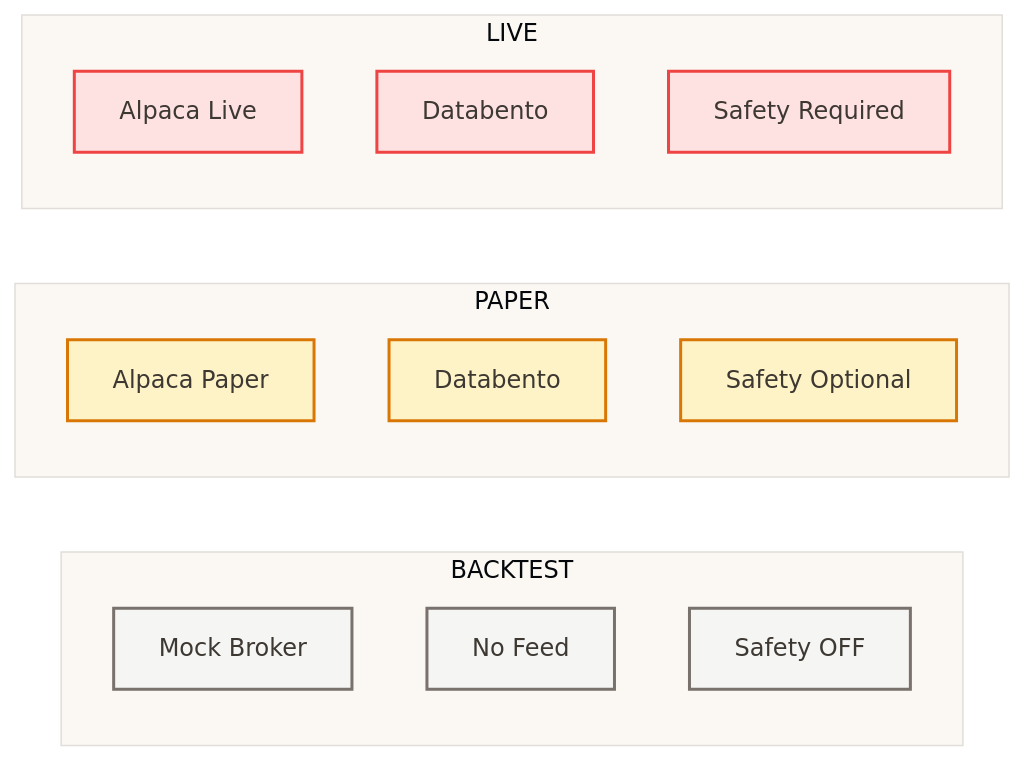
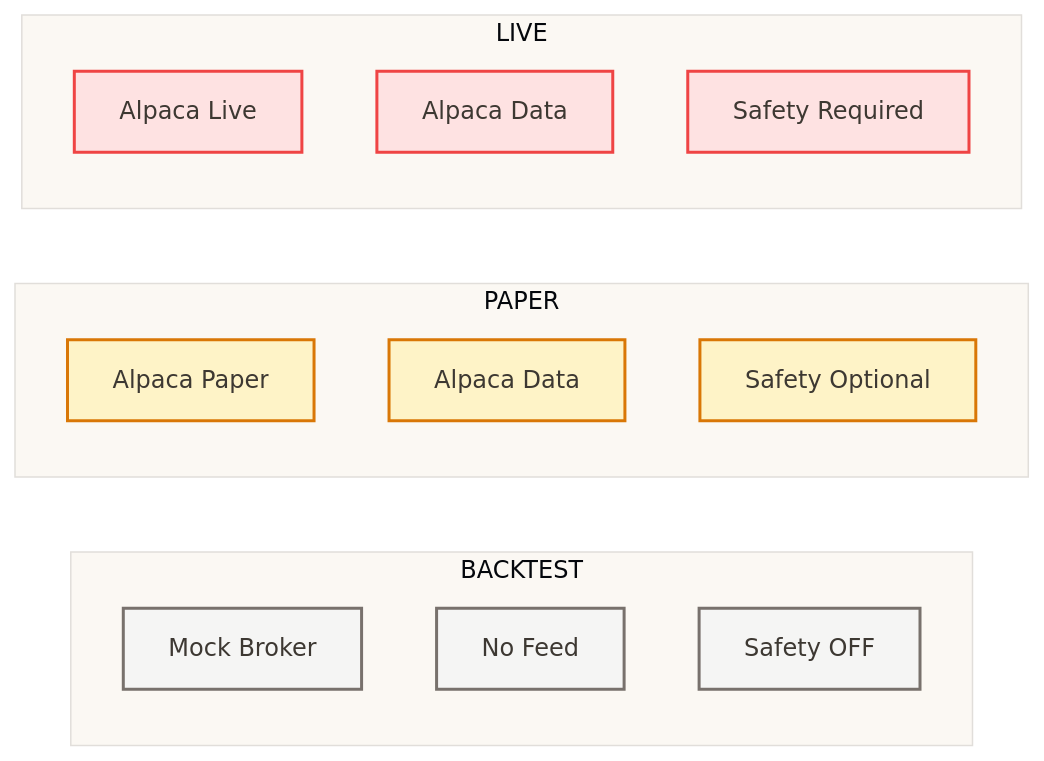
One commit to ccheney/cream changed the ninth of 9 diagrams in ARCHITECTURE.md. Above: the diagram before and after it, drawn with Mermaid. The commit also changed other lines of this file and 32 other files, not shown here.

````diff
--- a/ARCHITECTURE.md
+++ b/ARCHITECTURE.md
@@ -430,29 +426,29 @@
 ```mermaid
 %%{init: {'theme': 'base', 'themeVariables': { 'primaryColor': '#FEF3C7', 'primaryTextColor': '#3D3832', 'lineColor': '#78716C', 'tertiaryColor': '#FBF8F3'}}}%%
 flowchart LR
     subgraph BACKTEST
         B1[Mock Broker]
         B2[No Feed]
         B3[Safety OFF]
     end
 
     subgraph PAPER
         P1[Alpaca Paper]
-        P2[Databento]
+        P2[Alpaca Data]
         P3[Safety Optional]
     end
 
     subgraph LIVE
         L1[Alpaca Live]
-        L2[Databento]
+        L2[Alpaca Data]
         L3[Safety Required]
     end
 
     classDef backtest fill:#F5F5F4,stroke:#78716C,stroke-width:2px,color:#3D3832
     classDef paper fill:#FEF3C7,stroke:#D97706,stroke-width:2px,color:#3D3832
     classDef live fill:#FEE2E2,stroke:#EF4444,stroke-width:2px,color:#3D3832
 
     class B1,B2,B3 backtest
     class P1,P2,P3 paper
     class L1,L2,L3 live
 ```
````
